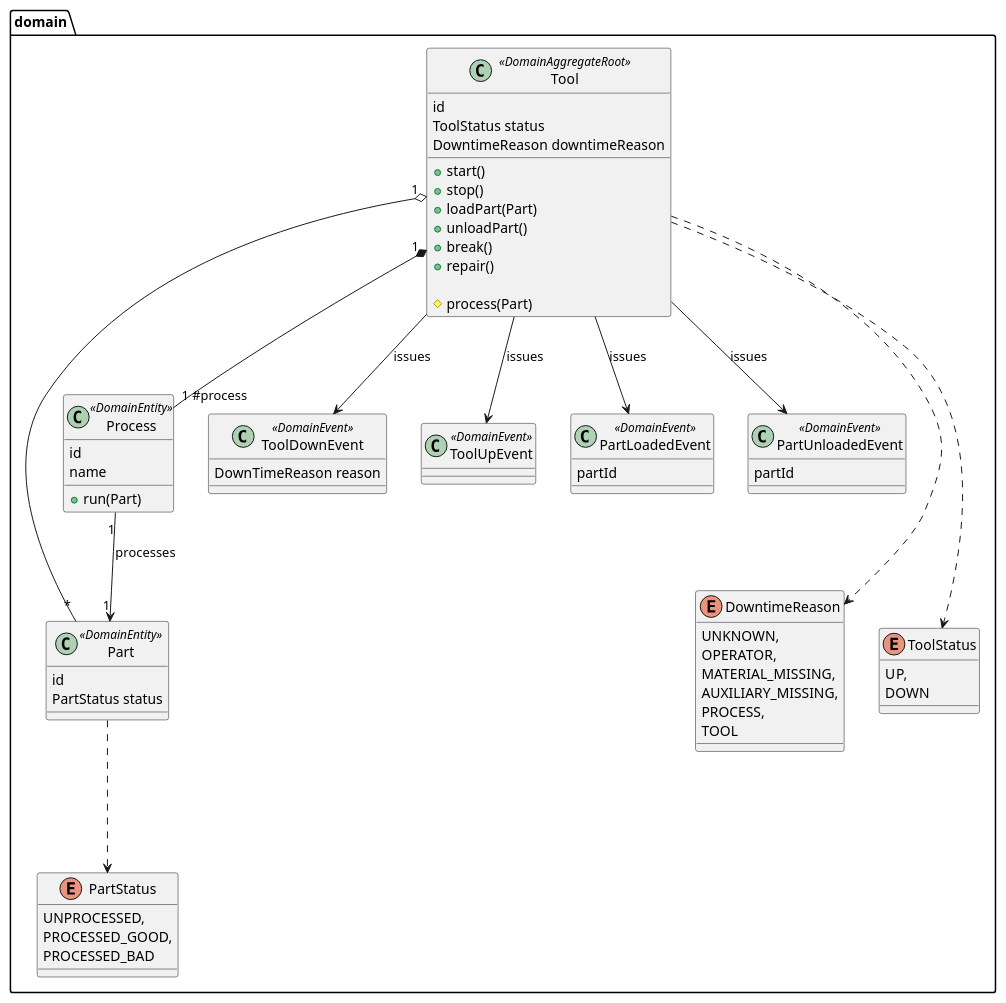
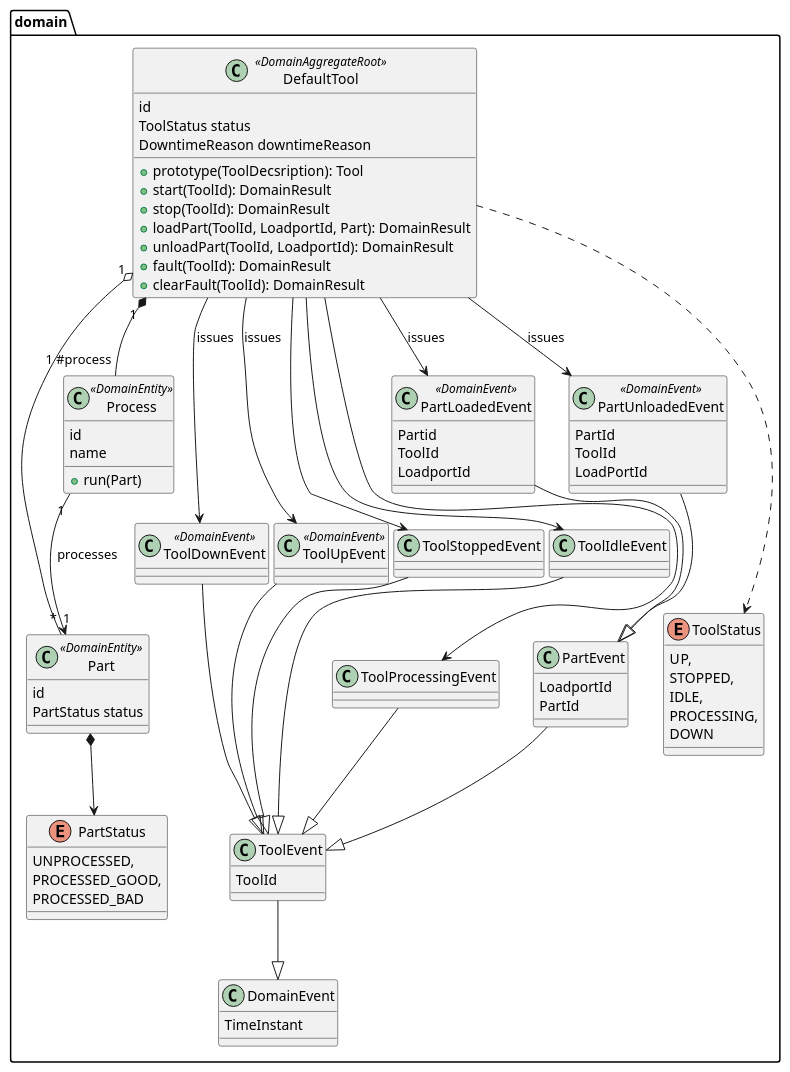
Before and after one commit to onouv/mes-tool-mock-srv: the diagram in doc/domain/model.puml, drawn with PlantUML. The commit also changed 16 other files, not shown here.

Commit message:
Implementing tool IDLE to STOP, fixing stray CREATE domain event problem. Refactor extended state management.

```diff
--- a/doc/domain/model.puml
+++ b/doc/domain/model.puml
@@ -1,81 +1,107 @@
 @startuml
 'https://plantuml.com/class-diagram
 
 package domain {
 
-class Tool <<DomainAggregateRoot>>{
+class DefaultTool <<DomainAggregateRoot>>{
 
     id
     ToolStatus status
     DowntimeReason downtimeReason
 
-    +start()
-    +stop()
-    +loadPart(Part)
-    +unloadPart()
-    +break()
-    +repair()
+    +prototype(ToolDecsription): Tool
+    +start(ToolId): DomainResult
+    +stop(ToolId): DomainResult
+    +loadPart(ToolId, LoadportId, Part): DomainResult
+    +unloadPart(ToolId, LoadportId): DomainResult
+    +fault(ToolId): DomainResult
+    +clearFault(ToolId): DomainResult
 
-    #process(Part)
 }
 
 class Part <<DomainEntity>> {
     id
     PartStatus status
 }
 
 class Process <<DomainEntity>> {
     id
     name
     +run(Part)
 
 }
 
-class ToolDownEvent <<DomainEvent>> {
-    DownTimeReason reason
-}
+class ToolDownEvent <<DomainEvent>>
 
-class ToolUpEvent <<DomainEvent>> {
-}
+class ToolUpEvent <<DomainEvent>>
+
+class ToolStoppedEvent
+
+class ToolIdleEvent
+
+class ToolProcessingEvent
 
 class PartLoadedEvent <<DomainEvent>> {
-    partId
+    Partid
+    ToolId
+    LoadportId
+
 }
 
 class PartUnloadedEvent <<DomainEvent>> {
-    partId
+    PartId
+    ToolId
+    LoadPortId
 }
 
-Enum DowntimeReason {
-    UNKNOWN,
-    OPERATOR,
-    MATERIAL_MISSING,
-    AUXILIARY_MISSING,
-    PROCESS,
-    TOOL
+class DomainEvent {
+    TimeInstant
 }
+class ToolEvent {
+    ToolId
+}
+
+class PartEvent {
+    LoadportId
+    PartId
+}
+
+ToolEvent --|> DomainEvent
+PartEvent --|> ToolEvent
+ToolIdleEvent --|> ToolEvent
+ToolDownEvent --|> ToolEvent
+ToolUpEvent --|> ToolEvent
+ToolStoppedEvent --|> ToolEvent
+ToolProcessingEvent --|> ToolEvent
+PartLoadedEvent --|> PartEvent
+PartUnloadedEvent --|> PartEvent
 
 Enum ToolStatus {
     UP,
+    STOPPED,
+    IDLE,
+    PROCESSING,
     DOWN
 }
 
 Enum PartStatus {
     UNPROCESSED,
     PROCESSED_GOOD,
     PROCESSED_BAD
 }
 
-Tool "1" o-- "*" Part
-Tool "1" *-- "1 #process" Process
-Tool ...> ToolStatus
-Tool ...> DowntimeReason
-Part ...> PartStatus
+DefaultTool "1" o-- "*" Part
+DefaultTool "1" *-- "1 #process" Process
+DefaultTool ...> ToolStatus
+Part *--> PartStatus
 Process "1" --> "1" Part: processes
-Tool --> ToolDownEvent: "issues"
-Tool --> ToolUpEvent: "issues"
-Tool --> PartLoadedEvent: "issues"
-Tool --> PartUnloadedEvent: "issues"
+DefaultTool --> ToolDownEvent: "issues"
+DefaultTool --> ToolUpEvent: "issues"
+DefaultTool --> PartLoadedEvent: "issues"
+DefaultTool --> PartUnloadedEvent: "issues"
+DefaultTool --> ToolIdleEvent
+DefaultTool --> ToolStoppedEvent
+DefaultTool --> ToolProcessingEvent
 
 }
 @enduml
```
